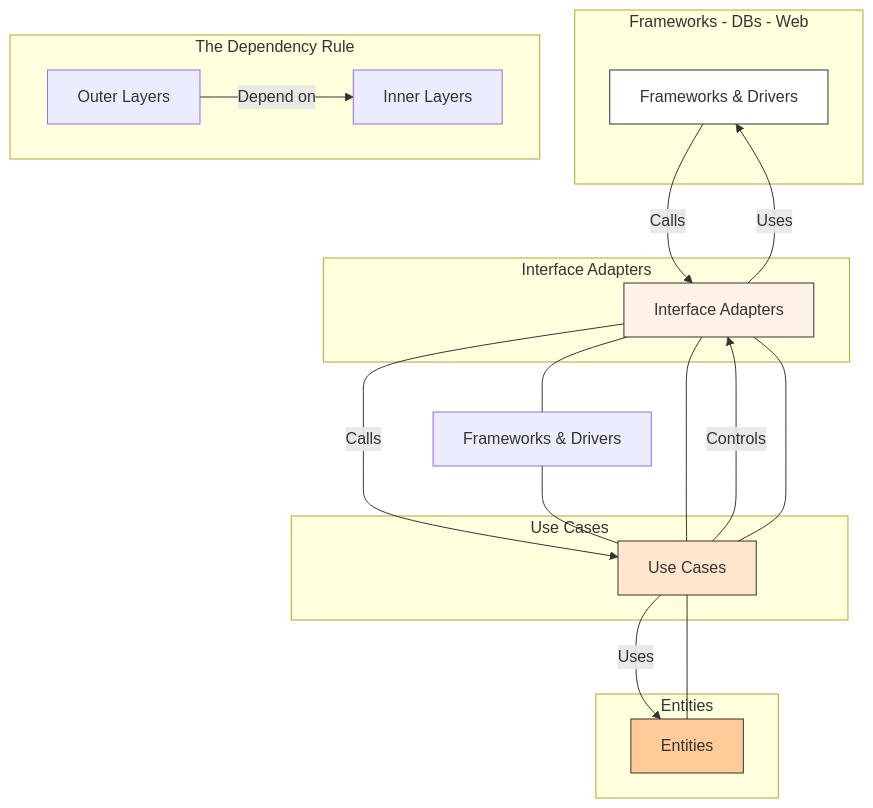
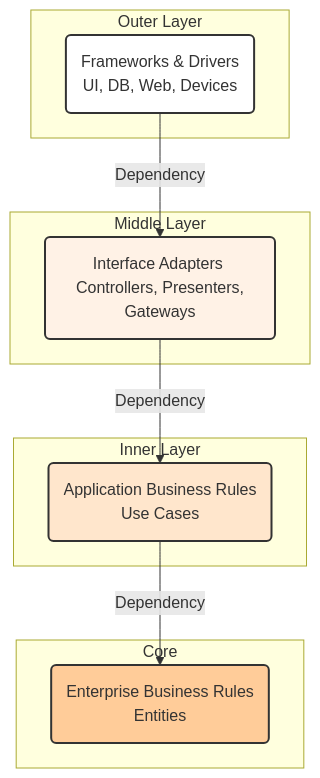
Before and after one commit to bmeurant/technical-docs: the diagram in software-architecture/architectural-patterns/clean.md, drawn with Mermaid. The commit also changed other lines of this file and 35 other files, not shown here.

Commit message:
docs(software-architecture): various fixes

````diff
--- a/software-architecture/architectural-patterns/clean.md
+++ b/software-architecture/architectural-patterns/clean.md
@@ -23,47 +23,24 @@
 ```mermaid
 graph TD
-    subgraph Frameworks - DBs - Web
-        E[Frameworks & Drivers]
+    subgraph Outer Layer
+        D(Frameworks & Drivers <br> UI, DB, Web, Devices)
+    end
+    subgraph Middle Layer
+        C(Interface Adapters <br> Controllers, Presenters, Gateways)
+    end
+    subgraph Inner Layer
+        B(Application Business Rules <br> Use Cases)
+    end
+    subgraph Core
+        A(Enterprise Business Rules <br> Entities)
     end
 
-    subgraph Interface Adapters
-        C[Interface Adapters]
-    end
+    D -- "Dependency" --> C
+    C -- "Dependency" --> B
+    B -- "Dependency" --> A
 
-    subgraph Use Cases
-        B[Use Cases]
-    end
-
-    subgraph Entities
-        A[Entities]
-    end
-
-    E -- "Calls" --> C
-    C -- "Calls" --> B
-    B -- "Uses" --> A
-    B -- "Controls" --> C
-    C -- "Uses" --> E
-
-    style A fill:#ffcc99,stroke:#333
-    style B fill:#ffe6cc,stroke:#333
-    style C fill:#fff2e6,stroke:#333
-    style E fill:#ffffff,stroke:#333
-
-    A[Entities]
-    B[Use Cases]
-    C[Interface Adapters]
-    D[Frameworks & Drivers]
-
-    A --- B
-    B --- C
-    C --- D
-    D --- B
-    C --- B
-
-    subgraph "The Dependency Rule"
-        direction LR
-        a[Outer Layers]
-        b[Inner Layers]
-        a -->|"Depend on"|b
-    end
+    style A fill:#ffcc99,stroke:#333,stroke-width:2px
+    style B fill:#ffe6cc,stroke:#333,stroke-width:2px
+    style C fill:#fff2e6,stroke:#333,stroke-width:2px
+    style D fill:#ffffff,stroke:#333,stroke-width:2px
 ```
````
